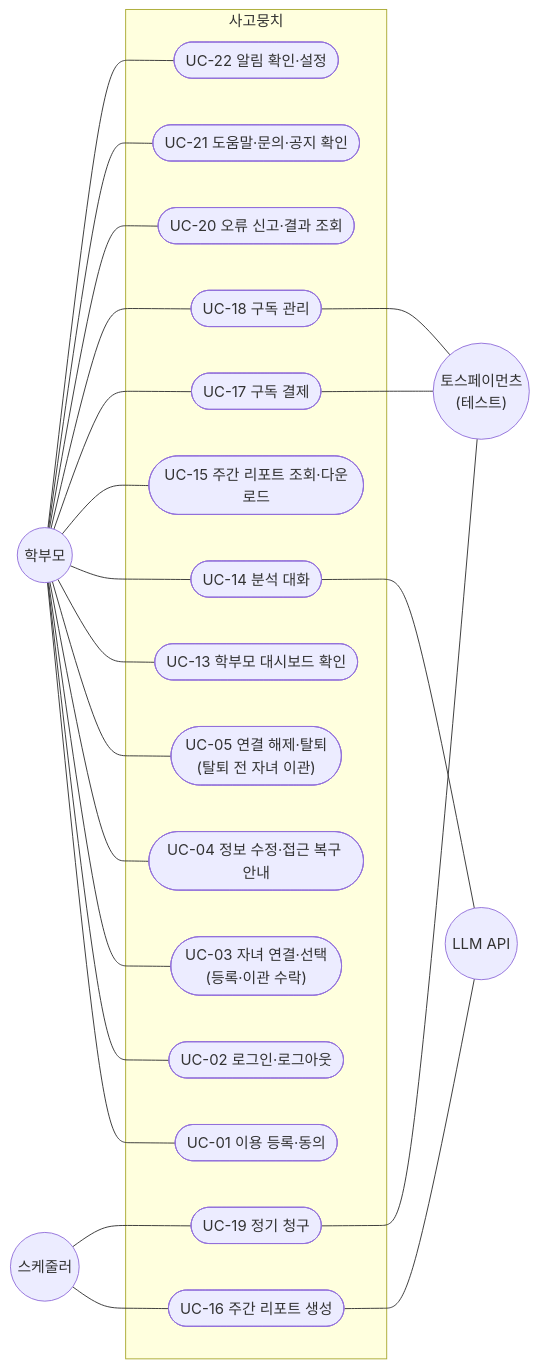
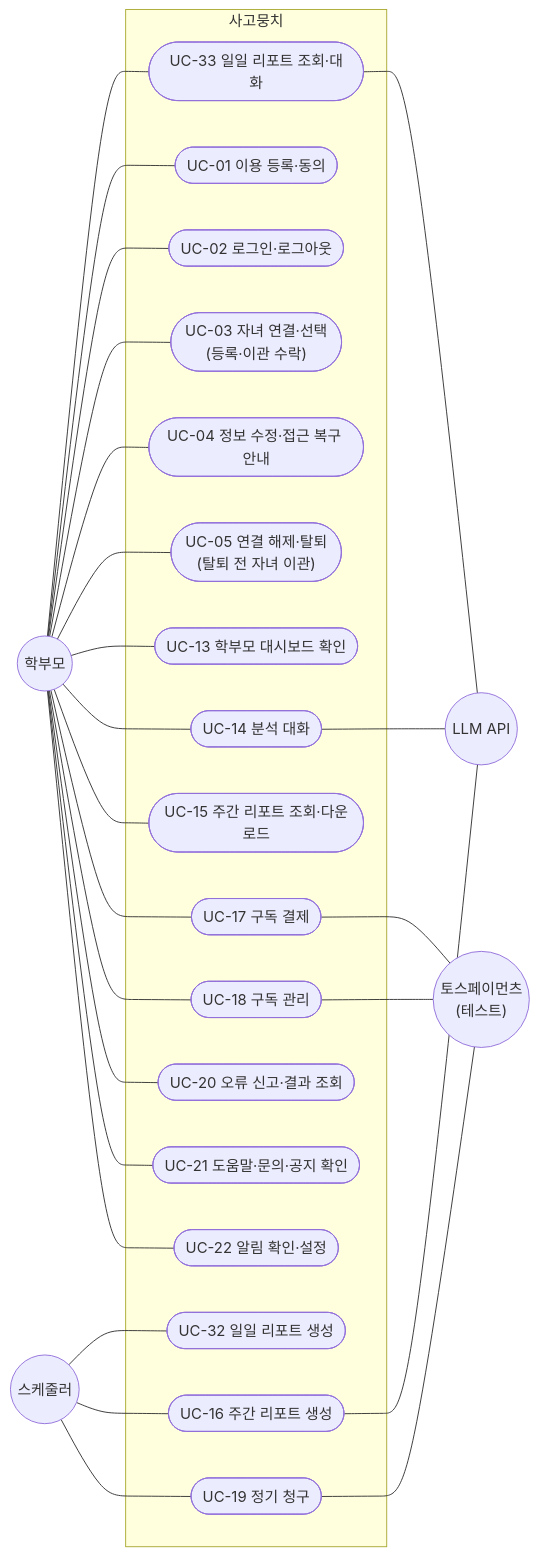
The third of 5 diagrams in docs/design/usecase.md (SKNETWORKS-FAMILY-AICAMP/SKN34-FINAL-3TEAM), drawn with Mermaid before and after one commit. The commit also changed other lines of this file and 20 other files, not shown here.

````diff
--- a/docs/design/usecase.md
+++ b/docs/design/usecase.md
@@ -98,46 +112,52 @@
 ```mermaid
 flowchart LR
   PAR(("학부모"))
   SCH(("스케줄러"))
   LLM(("LLM API"))
   PG(("토스페이먼츠<br/>(테스트)"))
 
   subgraph SYS["사고뭉치"]
     UC01(["UC-01 이용 등록·동의"])
     UC02(["UC-02 로그인·로그아웃"])
     UC03(["UC-03 자녀 연결·선택<br/>(등록·이관 수락)"])
     UC04(["UC-04 정보 수정·접근 복구 안내"])
     UC05(["UC-05 연결 해제·탈퇴<br/>(탈퇴 전 자녀 이관)"])
     UC13(["UC-13 학부모 대시보드 확인"])
     UC14(["UC-14 분석 대화"])
     UC15(["UC-15 주간 리포트 조회·다운로드"])
     UC16(["UC-16 주간 리포트 생성"])
     UC17(["UC-17 구독 결제"])
     UC18(["UC-18 구독 관리"])
     UC19(["UC-19 정기 청구"])
     UC20(["UC-20 오류 신고·결과 조회"])
     UC21(["UC-21 도움말·문의·공지 확인"])
     UC22(["UC-22 알림 확인·설정"])
+    UC32(["UC-32 일일 리포트 생성"])
+    UC33(["UC-33 일일 리포트 조회·대화"])
   end
+
+  PAR --- UC33
+  SCH --- UC32
+  UC33 --- LLM
 
   PAR --- UC01
   PAR --- UC02
   PAR --- UC03
   PAR --- UC04
   PAR --- UC05
   PAR --- UC13
   PAR --- UC14
   PAR --- UC15
   PAR --- UC17
   PAR --- UC18
   PAR --- UC20
   PAR --- UC21
   PAR --- UC22
   SCH --- UC16
   SCH --- UC19
   UC14 --- LLM
   UC16 --- LLM
   UC17 --- PG
   UC18 --- PG
   UC19 --- PG
 ```
````
